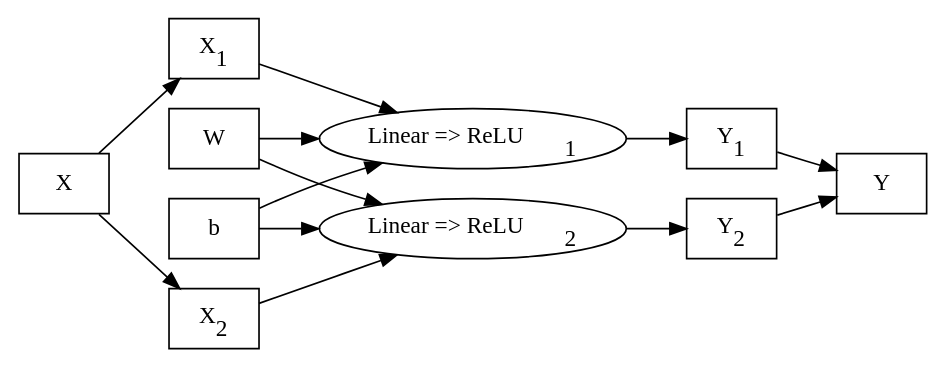
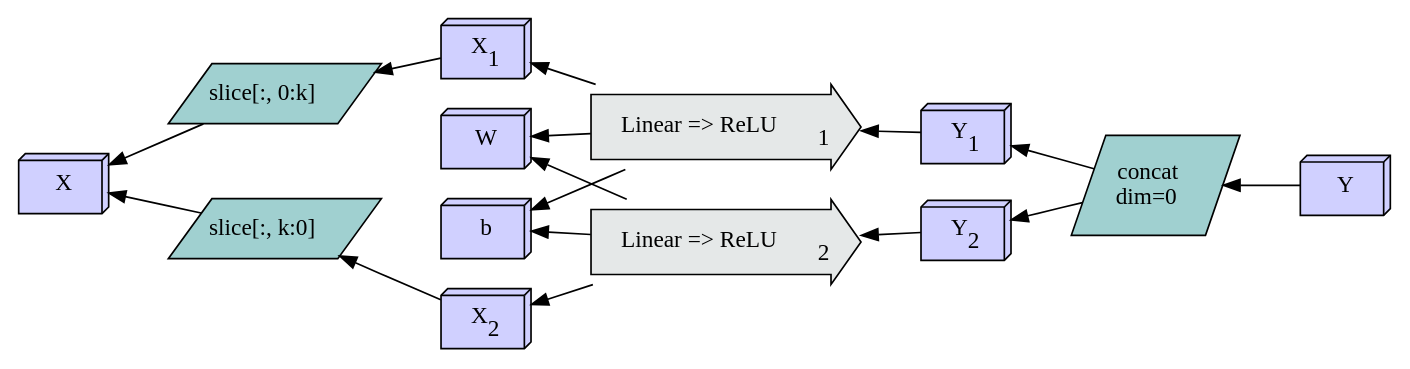
The seventh of 55 diagrams in source/Tapestry/index.md (crutcher/crutcher.github.io-source), drawn with Graphviz before and after one commit. The commit also changed other lines of this file, not shown here.

Commit message:
graph ordering

````diff
--- a/source/Tapestry/index.md
+++ b/source/Tapestry/index.md
@@ -1154,31 +1253,73 @@
 ```graphviz
 digraph D {
-    rankdir=LR;
-    X, W, b, Y [shape=box];
+    rankdir=RL;
+    X, X_1, X_2, W, b, Y, Y_1, Y_2 [shape=box3d, fillcolor="#d0d0ff", style=filled];
+    Op_1, Op_2 [
+        shape=rarrow,
+        margin=0.25,
+        style=filled,
+        fillcolor="#E5E8E8",
+    ];
     
-    X_1 [label=<X<sub>1</sub>>, shape=box];
-    X_2 [label=<X<sub>2</sub>>, shape=box];
+    SX1 [
+      label=<slice[:, 0:k]>,
+      margin=0,
+      shape=parallelogram,
+      style=filled,
+      fillcolor="#a0d0d0",
+      color=black,
+    ];
+    SX2 [
+      label=<slice[:, k:0]>,
+      margin=0,
+      shape=parallelogram,
+      style=filled,
+      fillcolor="#a0d0d0",
+      color=black,
+    ];
     
-    Y_1 [label=<Y<sub>1</sub>>, shape=box];
-    Y_2 [label=<Y<sub>2</sub>>, shape=box];
+    SX1 -> X;
+    SX2 -> X;
+    
+    X_1 [label=<X<sub>1</sub>>];
+    X_2 [label=<X<sub>2</sub>>];
+    
+    X_1 -> SX1;
+    X_2 -> SX2;
     
     Op_1 [label=<Linear =&gt; ReLU<sub>1</sub>>];
     Op_2 [label=<Linear =&gt; ReLU<sub>2</sub>>];
     
-    X -> X_1;
-    X -> X_2;
+    Y_1 [label=<Y<sub>1</sub>>];
+    Y_2 [label=<Y<sub>2</sub>>];
     
-    X_1 -> Op_1;
-    W -> Op_1;
-    b -> Op_1;
-    Op_1 -> Y_1;
+    Op_1 -> X_1;
+    Op_1 -> W;
+    Op_1 -> b;
+    Y_1 -> Op_1;
     
-    X_2 -> Op_2;
-    W -> Op_2;
-    b -> Op_2;
-    Op_2 -> Y_2;
+    Op_2 -> X_2;
+    Op_2 -> W;
+    Op_2 -> b;
+    Y_2 -> Op_2;
     
-    Y_1 -> Y;
-    Y_2 -> Y;
+    SY [
+      label=<
+         <table border="0" cellspacing="0" cellpadding="0">
+           <tr><td>concat</td></tr>
+           <tr><td>dim=0</td></tr>
+           </table>
+      >,
+      margin=0,
+      shape=parallelogram,
+      style=filled,
+      fillcolor="#a0d0d0",
+      color=black,
+    ];
+    
+    SY -> Y_1;
+    SY -> Y_2;
+    
+    Y -> SY;
 }
 ```
````
